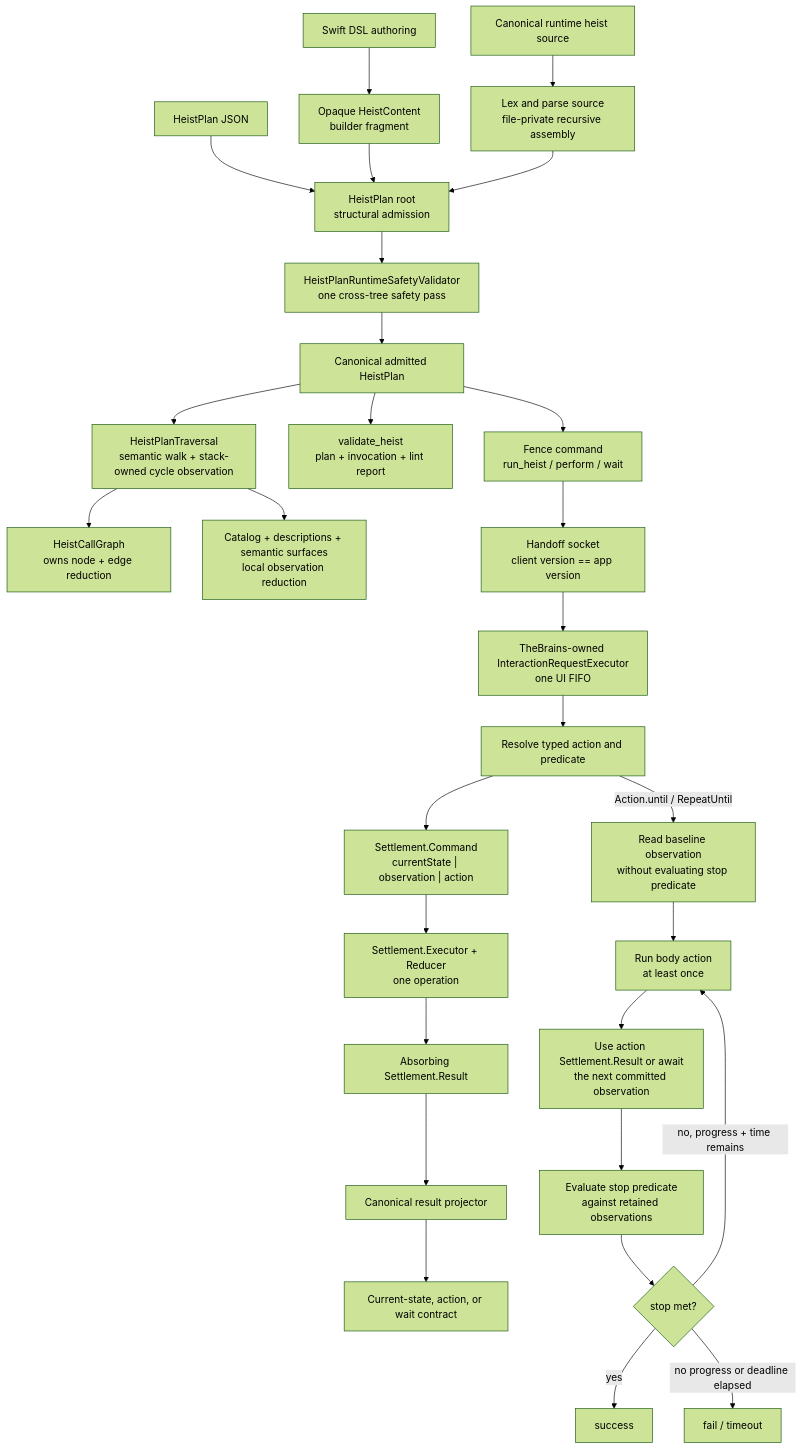
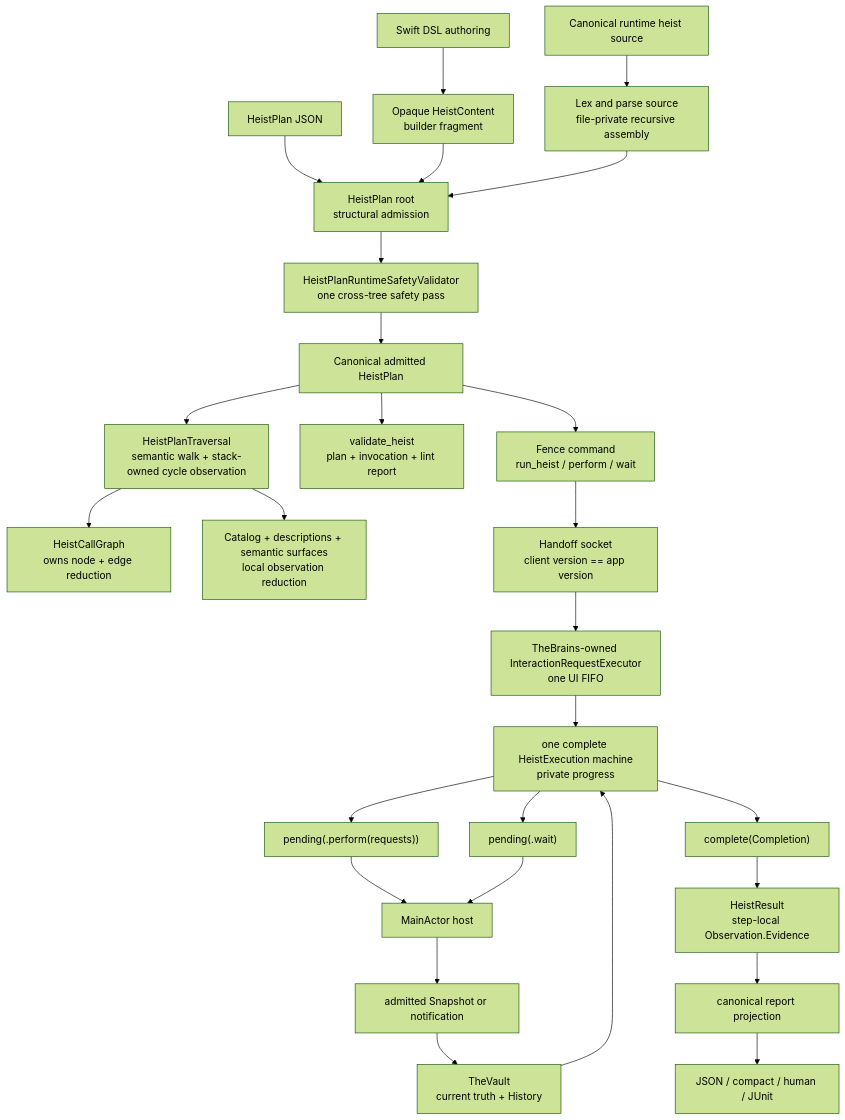
Before and after one commit to RoyalPineapple/TheButtonHeist: the diagram in docs/ARCHITECTURE.md, drawn with Mermaid (forest theme). The commit also changed other lines of this file and 326 other files, not shown here.

Commit message:
Complete canonical observation execution migration

````diff
--- a/docs/ARCHITECTURE.md
+++ b/docs/ARCHITECTURE.md
@@ -719,33 +661,30 @@
 ```mermaid
 flowchart TD
     SwiftAuthor["Swift DSL authoring"] --> Fragment["Opaque HeistContent<br/>builder fragment"]
     SourceAuthor["Canonical runtime heist source"] --> Parse["Lex and parse source<br/>file-private recursive assembly"]
     JSONAuthor["HeistPlan JSON"] --> RootAdmission
     Fragment --> RootAdmission["HeistPlan root<br/>structural admission"]
     Parse --> RootAdmission
     RootAdmission --> Validate["HeistPlanRuntimeSafetyValidator<br/>one cross-tree safety pass"]
     Validate --> Plan["Canonical admitted HeistPlan"]
     Plan --> Walk["HeistPlanTraversal<br/>semantic walk + stack-owned cycle observation"]
     Walk --> Graph["HeistCallGraph<br/>owns node + edge reduction"]
     Walk --> Discovery["Catalog + descriptions + semantic surfaces<br/>local observation reduction"]
     Plan --> OfflineReport["validate_heist<br/>plan + invocation + lint report"]
     Plan --> FenceCommand["Fence command<br/>run_heist / perform / wait"]
     FenceCommand --> HandoffSocket["Handoff socket<br/>client version == app version"]
     HandoffSocket --> Executor["TheBrains-owned InteractionRequestExecutor<br/>one UI FIFO"]
 
-    Executor --> Resolve["Resolve typed action and predicate"]
-    Resolve --> Command["Settlement.Command<br/>currentState | observation | action"]
-    Command --> Settlement["Settlement.Executor + Reducer<br/>one operation"]
-    Settlement --> Result["Absorbing Settlement.Result"]
-    Result --> Project["Canonical result projector"]
-    Project --> Response["Current-state, action, or wait contract"]
-
-    Resolve -->|Action.until / RepeatUntil| LoopBaseline["Read baseline observation<br/>without evaluating stop predicate"]
-    LoopBaseline --> RunBody["Run body action<br/>at least once"]
-    RunBody --> ProgressGate["Use action Settlement.Result or await<br/>the next committed observation"]
-    ProgressGate --> EvaluateStop["Evaluate stop predicate<br/>against retained observations"]
-    EvaluateStop --> StopMet{"stop met?"}
-    StopMet -->|yes| Done["success"]
-    StopMet -->|no, progress + time remains| RunBody
-    StopMet -->|no progress or deadline elapsed| Fail["fail / timeout"]
+    Executor --> Machine["one complete HeistExecution machine<br/>private progress"]
+    Input["admitted Snapshot or notification"] --> Vault["TheVault<br/>current truth + History"]
+    Vault --> Machine
+    Machine --> Perform["pending(.perform(requests))"]
+    Machine --> Wait["pending(.wait)"]
+    Machine --> Complete["complete(Completion)"]
+    Perform --> Host["MainActor host"]
+    Wait --> Host
+    Host --> Input
+    Complete --> Result["HeistResult<br/>step-local Observation.Evidence"]
+    Result --> Project["canonical report projection"]
+    Project --> Response["JSON / compact / human / JUnit"]
 ```
````
